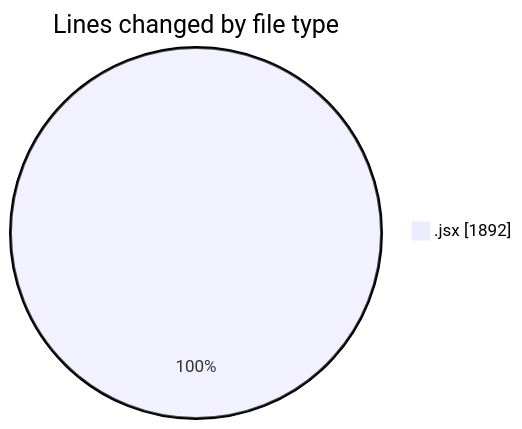
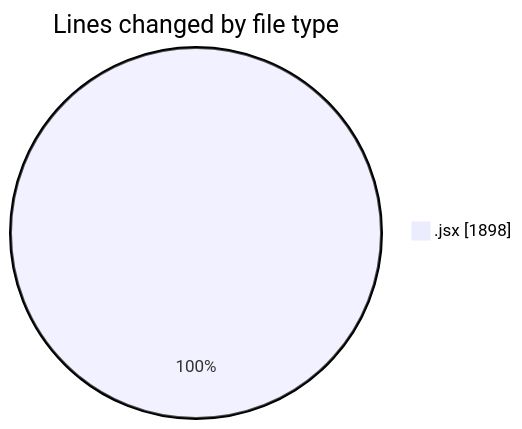
The first of 2 diagrams in 2025-08-22/nxtqube_webapp/README.md (nxtqubesakshisongat/code-tracking), drawn with Mermaid before and after one commit. The commit also changed other lines of this file and 1 other file, not shown here.

````diff
--- a/2025-08-22/nxtqube_webapp/README.md
+++ b/2025-08-22/nxtqube_webapp/README.md
@@ -20,5 +20,5 @@
 ```mermaid
 pie showData
 title Lines changed by file type
-".jsx" : 1892
+".jsx" : 1898
 ```
````
